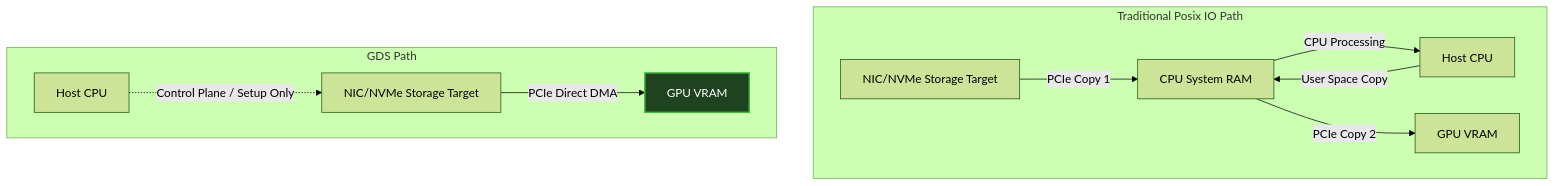
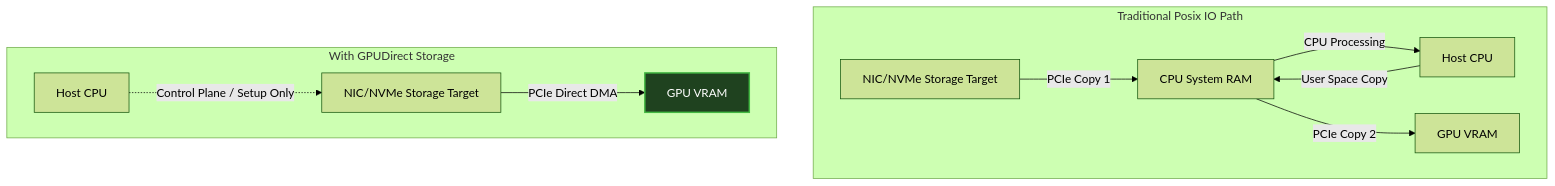
One commit to jithinpnjm/nvidia-devops changed the second of 3 diagrams in docs/volume-06/03-ai-storage-data-pipelines-masterclass.md. Above: the diagram before and after it, drawn with Mermaid (forest theme). The commit also changed other lines of this file and 110 other files, not shown here.

Commit message:
docs(volume-1-10): complete second-pass refinement of formatting, visual diagrams, and code snippets

````diff
--- a/docs/volume-06/03-ai-storage-data-pipelines-masterclass.md
+++ b/docs/volume-06/03-ai-storage-data-pipelines-masterclass.md
@@ -239,17 +115,17 @@
 ```mermaid
 graph TD
     subgraph Traditional IO [Traditional Posix IO Path]
-        NIC1[NIC/NVMe Storage Target] -->|PCIe Copy 1| SystemRAM1[CPU System RAM]
-        SystemRAM1 -->|CPU Processing| CPU1[Host CPU]
-        CPU1 -->|User Space Copy| SystemRAM1
-        SystemRAM1 -->|PCIe Copy 2| GPU1[GPU VRAM]
+        NIC1["NIC/NVMe Storage Target"] -- "PCIe Copy 1" --> SystemRAM1["CPU System RAM"]
+        SystemRAM1 -- "CPU Processing" --> CPU1["Host CPU"]
+        CPU1 -- "User Space Copy" --> SystemRAM1
+        SystemRAM1 -- "PCIe Copy 2" --> GPU1["GPU VRAM"]
     end
-
-    subgraph GPUDirect Storage [GDS Path]
-        NIC2[NIC/NVMe Storage Target] -->|PCIe Direct DMA| GPU2[GPU VRAM]
-        CPU2[Host CPU] -.->|Control Plane / Setup Only| NIC2
+    
+    subgraph "With GPUDirect Storage"
+        NIC2["NIC/NVMe Storage Target"] -- "PCIe Direct DMA" --> GPU2["GPU VRAM"]
+        CPU2[Host CPU] -. "Control Plane / Setup Only" .-> NIC2
     end
     
     classDef highlight fill:#1f421f,stroke:#42b842,stroke-width:2px,color:#fff;
     class GPU2 highlight;
 ```
````
